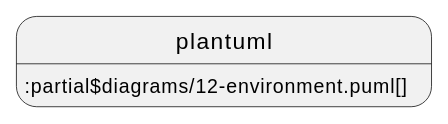
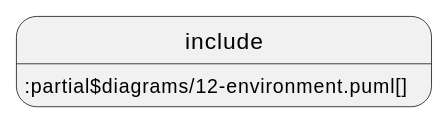
One commit to acplt/aas-specs changed the diagram in documentation/IDTA-01001/modules/ROOT/pages/spec-metamodel/environment.adoc. Above: the diagram before and after it, drawn with PlantUML. The commit also changed 14 other files, not shown here.

First line of the commit message:
Revert "Use plantuml instead of include and test ./"

```diff
--- a/documentation/IDTA-01001/modules/ROOT/pages/spec-metamodel/environment.adoc
+++ b/documentation/IDTA-01001/modules/ROOT/pages/spec-metamodel/environment.adoc
@@ -18,4 +18,4 @@
 [plantuml, 47-USE-PUML-12-INSTEAD, svg]
 ....
-plantuml::partial$diagrams/12-environment.puml[]
+include::partial$diagrams/12-environment.puml[]
 ....
```
